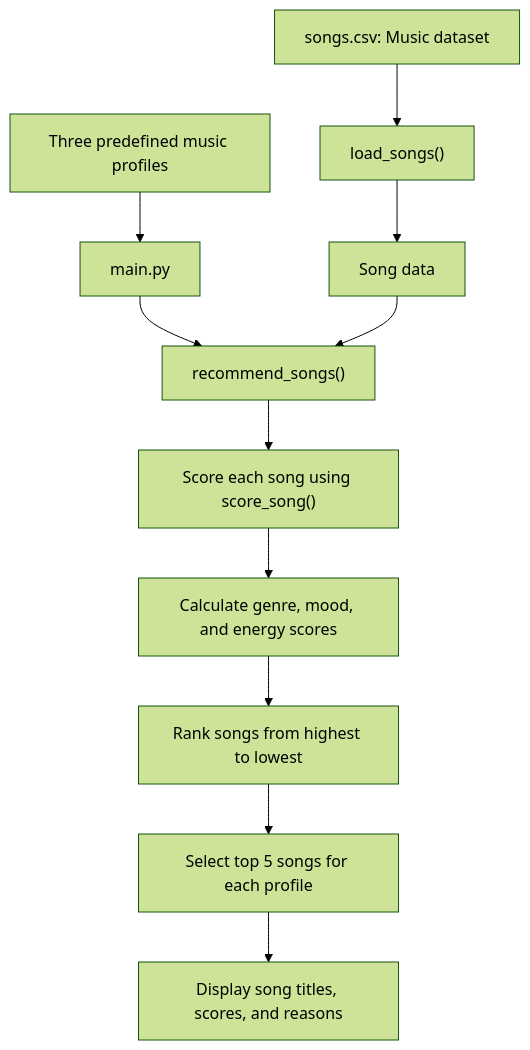
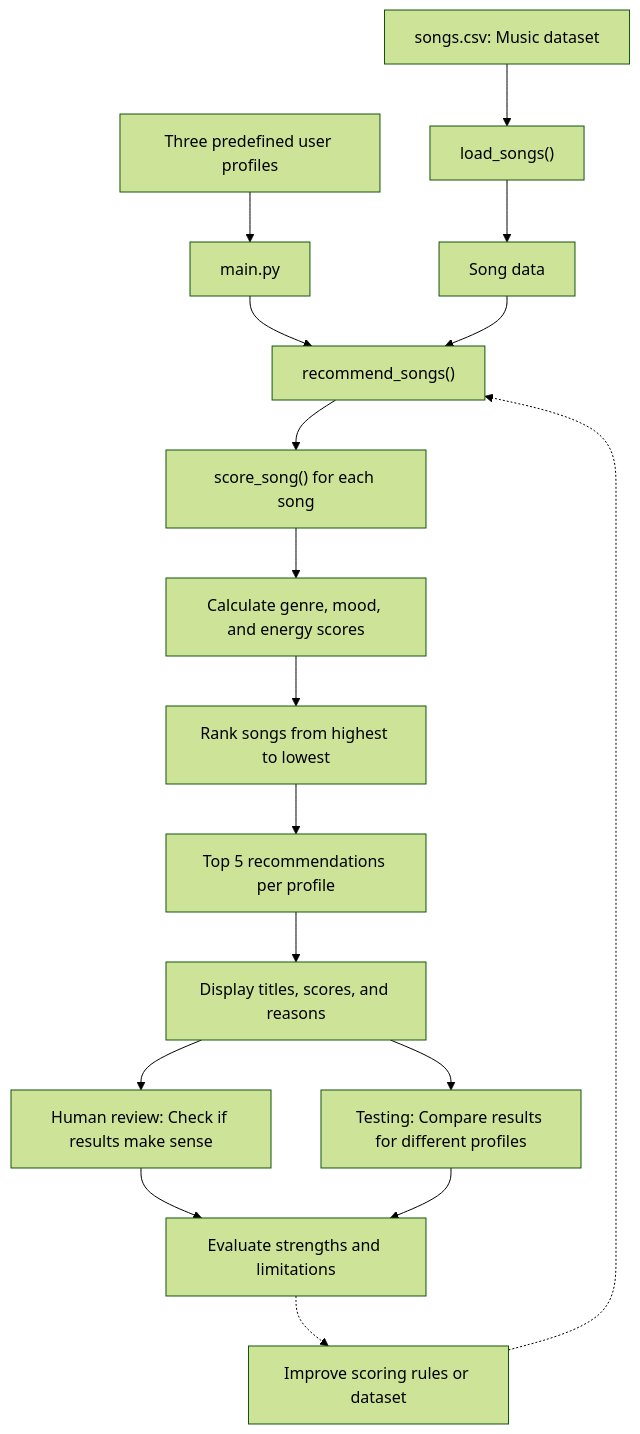
The diagram in diagrams/architecture.mmd (behishtak32/applied-ai-system-final-Copy), drawn with Mermaid (forest theme) before and after one commit. The commit also changed 2 other files, not shown here.

Commit message:
Complete Applied AI project documentation and architecture

```diff
--- a/diagrams/architecture.mmd
+++ b/diagrams/architecture.mmd
@@ -1,13 +1,21 @@
+
 
 
 flowchart TD
-    A["Three predefined music profiles"] --> B["main.py"]
+    A["Three predefined user profiles"] --> B["main.py"]
     C["songs.csv: Music dataset"] --> D["load_songs()"]
     D --> E["Song data"]
     B --> F["recommend_songs()"]
     E --> F
-    F --> G["Score each song using score_song()"]
+    F --> G["score_song() for each song"]
     G --> H["Calculate genre, mood, and energy scores"]
     H --> I["Rank songs from highest to lowest"]
-    I --> J["Select top 5 songs for each profile"]
-    J --> K["Display song titles, scores, and reasons"]
+    I --> J["Top 5 recommendations per profile"]
+    J --> K["Display titles, scores, and reasons"]
+
+    K --> L["Human review: Check if results make sense"]
+    K --> M["Testing: Compare results for different profiles"]
+    L --> N["Evaluate strengths and limitations"]
+    M --> N
+    N -.-> O["Improve scoring rules or dataset"]
+    O -.-> F
```
